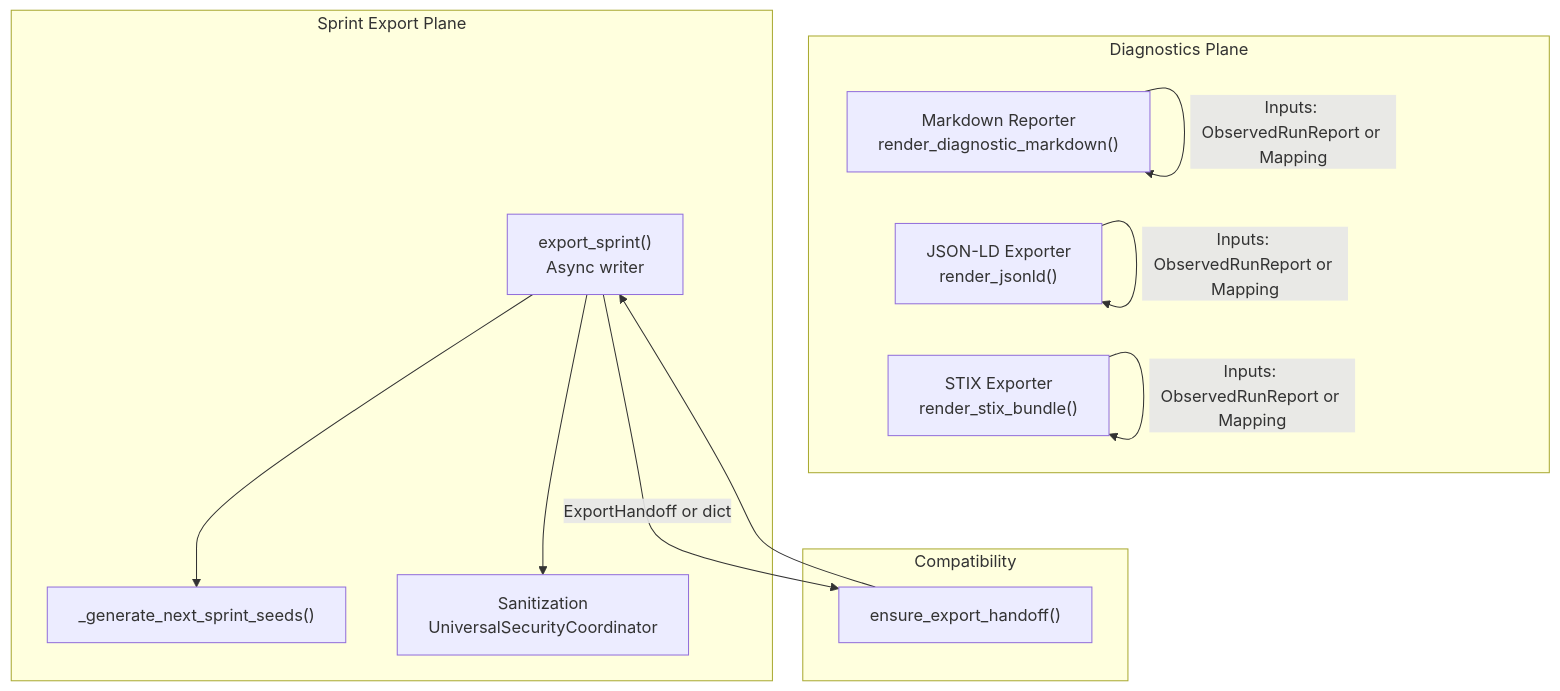
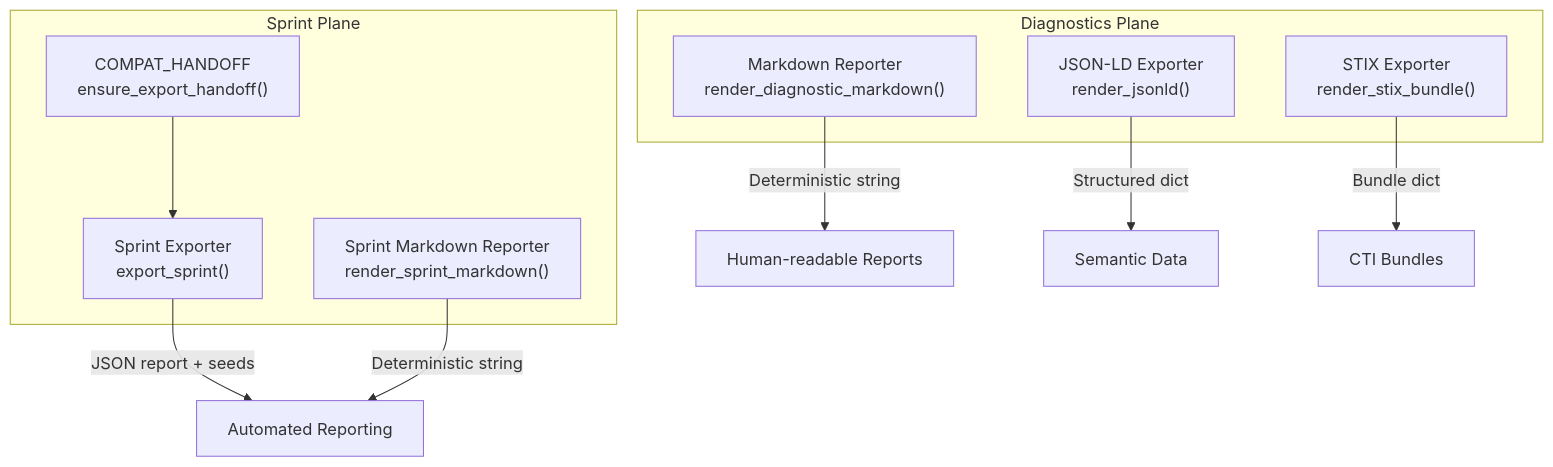
One commit to Hamulda/hledac-universal changed the second of 9 diagrams in .qoder/repowiki/en/content/Export and Reporting/Export and Reporting.md. Above: the diagram before and after it, drawn with Mermaid. The commit also changed other lines of this file and 236 other files, not shown here.

````diff
--- a/.qoder/repowiki/en/content/Export and Reporting/Export and Reporting.md
+++ b/.qoder/repowiki/en/content/Export and Reporting/Export and Reporting.md
@@ -122,23 +97,19 @@
 ```mermaid
 graph TB
 subgraph "Diagnostics Plane"
-R1["Markdown Reporter<br/>render_diagnostic_markdown()"]
-R2["JSON-LD Exporter<br/>render_jsonld()"]
-R3["STIX Exporter<br/>render_stix_bundle()"]
+MDR["Markdown Reporter<br/>render_diagnostic_markdown()"]
+JLD["JSON-LD Exporter<br/>render_jsonld()"]
+STX["STIX Exporter<br/>render_stix_bundle()"]
 end
-subgraph "Sprint Export Plane"
-S1["export_sprint()<br/>Async writer"]
-S2["_generate_next_sprint_seeds()"]
-S3["Sanitization<br/>UniversalSecurityCoordinator"]
+subgraph "Sprint Plane"
+SPX["Sprint Exporter<br/>export_sprint()"]
+SMR["Sprint Markdown Reporter<br/>render_sprint_markdown()"]
+CH["COMPAT_HANDOFF<br/>ensure_export_handoff()"]
 end
-subgraph "Compatibility"
-C1["ensure_export_handoff()"]
-end
-R1 --> |"Inputs: ObservedRunReport or Mapping"| R1
-R2 --> |"Inputs: ObservedRunReport or Mapping"| R2
-R3 --> |"Inputs: ObservedRunReport or Mapping"| R3
-S1 --> |"ExportHandoff or dict"| C1
-C1 --> S1
-S1 --> S2
-S1 --> S3
+MDR --> |"Deterministic string"| OUT["Human-readable Reports"]
+JLD --> |"Structured dict"| SEM["Semantic Data"]
+STX --> |"Bundle dict"| CTI["CTI Bundles"]
+SPX --> |"JSON report + seeds"| AUT["Automated Reporting"]
+SMR --> |"Deterministic string"| AUT
+CH --> SPX
 ```
````
